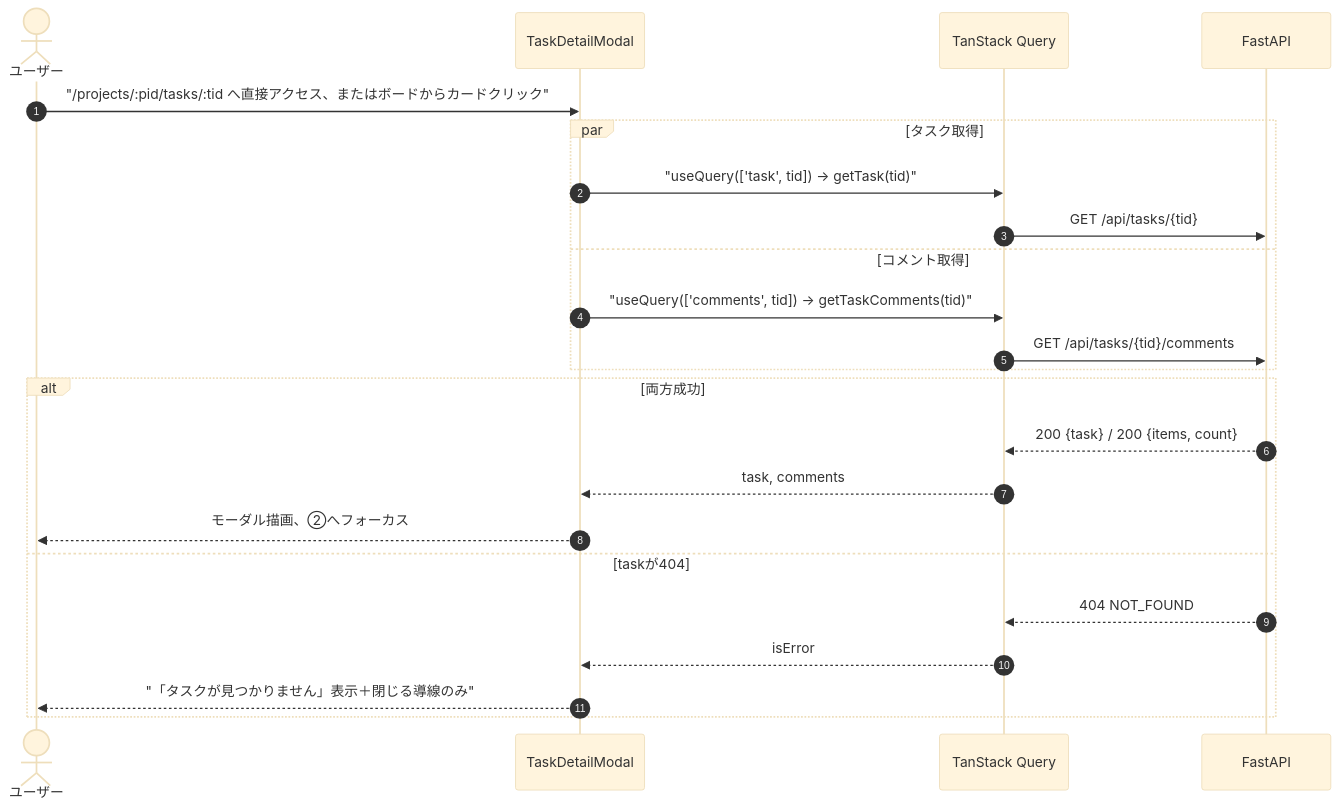
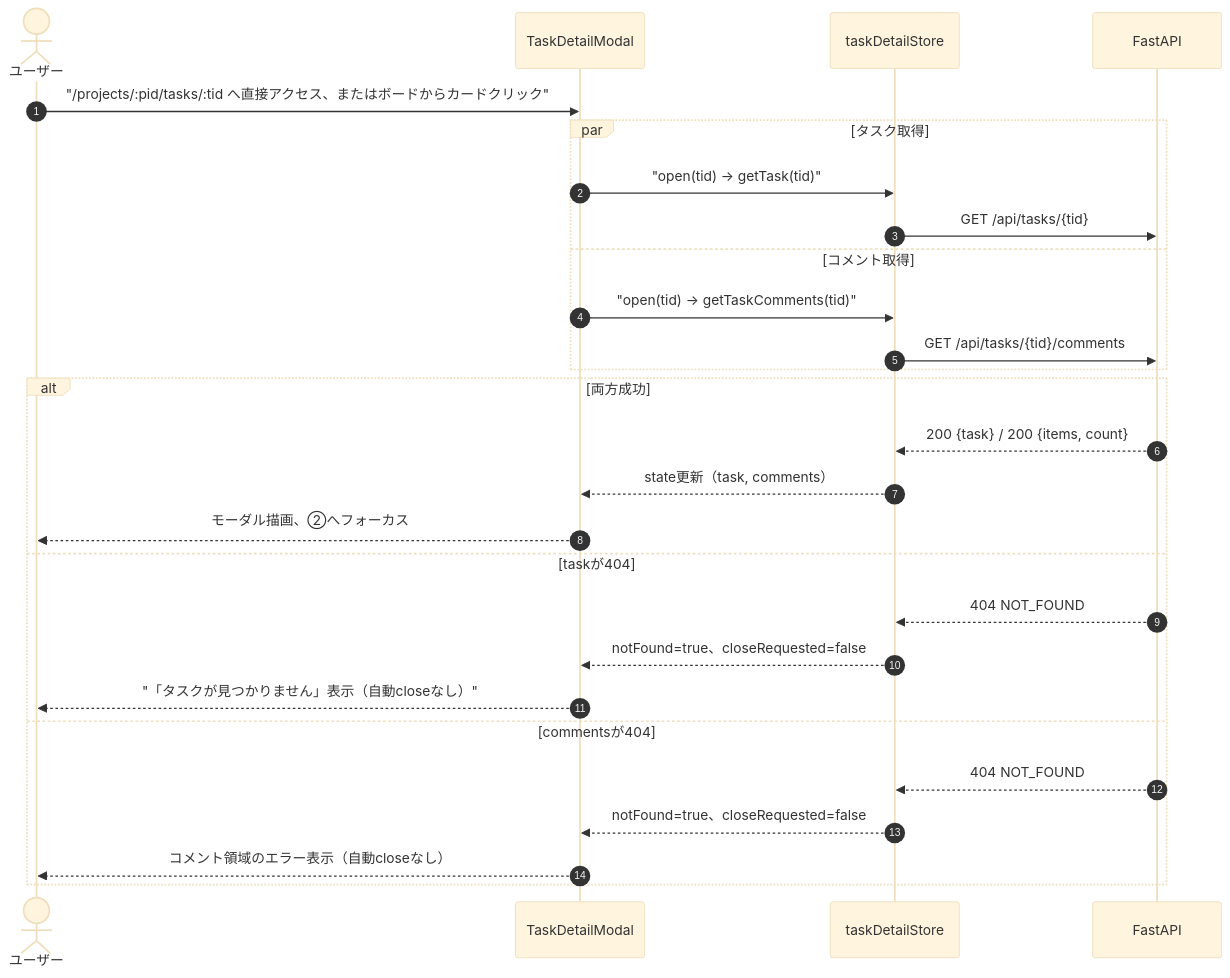
The second of 6 diagrams in docs/detailed_design/screen/08_task_detail_modal.md (oikawa-d/task_management), drawn with Mermaid (base theme) before and after one commit. The commit also changed other lines of this file and 2 other files, not shown here.

````diff
--- a/docs/detailed_design/screen/08_task_detail_modal.md
+++ b/docs/detailed_design/screen/08_task_detail_modal.md
@@ -140,26 +154,30 @@
 ```mermaid
 sequenceDiagram
     autonumber
     actor U as ユーザー
     participant TDM as TaskDetailModal
-    participant Q as TanStack Query
+    participant S as taskDetailStore
     participant API as FastAPI
 
     U->>TDM: "/projects/:pid/tasks/:tid へ直接アクセス、またはボードからカードクリック"
     par タスク取得
-        TDM->>Q: "useQuery(['task', tid]) → getTask(tid)"
-        Q->>API: GET /api/tasks/{tid}
+        TDM->>S: "open(tid) → getTask(tid)"
+        S->>API: GET /api/tasks/{tid}
     and コメント取得
-        TDM->>Q: "useQuery(['comments', tid]) → getTaskComments(tid)"
-        Q->>API: GET /api/tasks/{tid}/comments
+        TDM->>S: "open(tid) → getTaskComments(tid)"
+        S->>API: GET /api/tasks/{tid}/comments
     end
     alt 両方成功
-        API-->>Q: 200 {task} / 200 {items, count}
-        Q-->>TDM: task, comments
+        API-->>S: 200 {task} / 200 {items, count}
+        S-->>TDM: state更新（task, comments）
         TDM-->>U: モーダル描画、②へフォーカス
     else taskが404
-        API-->>Q: 404 NOT_FOUND
-        Q-->>TDM: isError
-        TDM-->>U: "「タスクが見つかりません」表示＋閉じる導線のみ"
+        API-->>S: 404 NOT_FOUND
+        S-->>TDM: notFound=true、closeRequested=false
+        TDM-->>U: "「タスクが見つかりません」表示（自動closeなし）"
+    else commentsが404
+        API-->>S: 404 NOT_FOUND
+        S-->>TDM: notFound=true、closeRequested=false
+        TDM-->>U: コメント領域のエラー表示（自動closeなし）
     end
 ```
````
